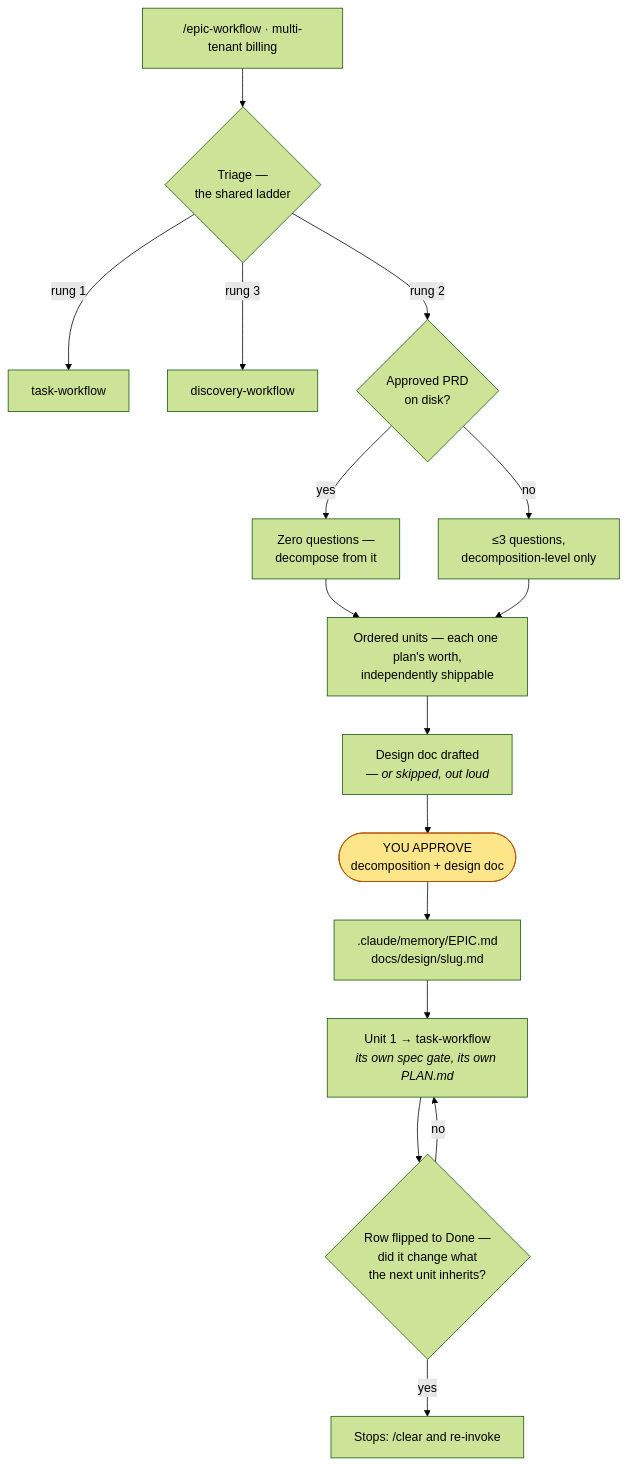
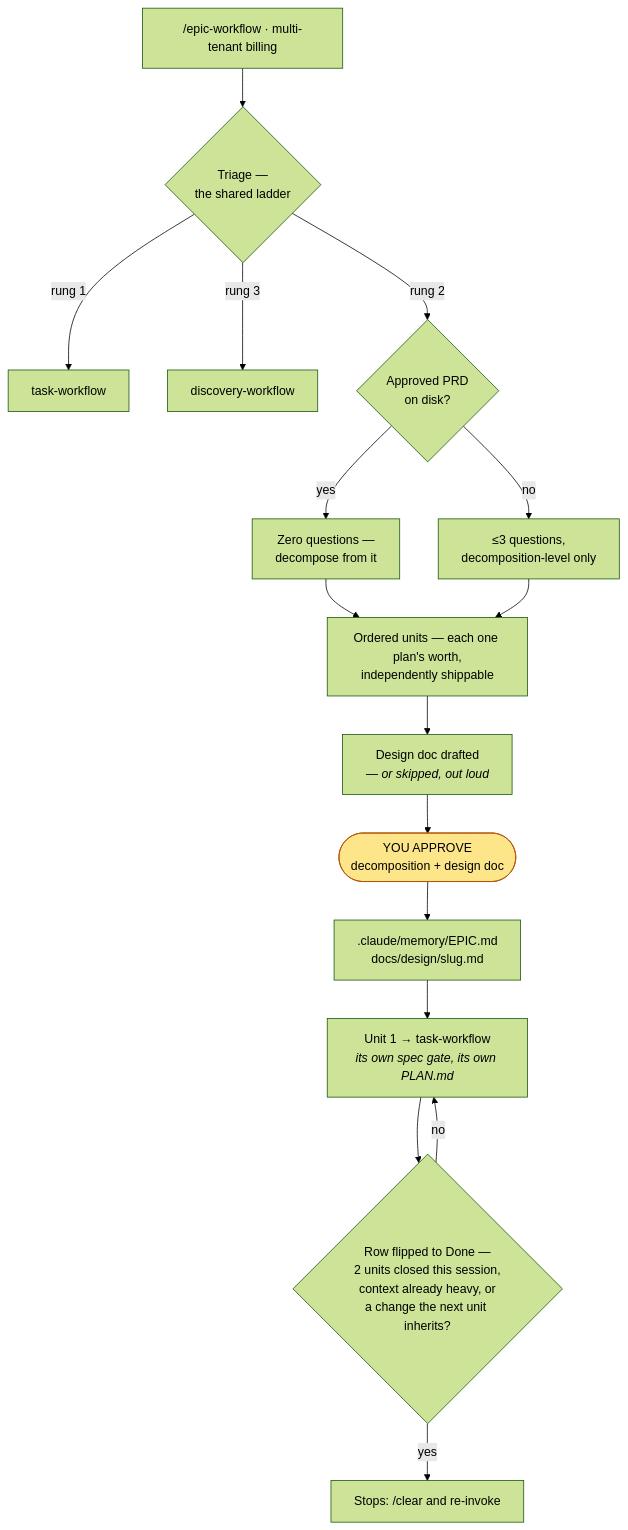
One commit to tammai/bigin-skills changed the diagram in docs/USER_GUIDE.md. Above: the diagram before and after it, drawn with Mermaid (forest theme). The commit also changed other lines of this file and 90 other files, not shown here.

````diff
--- a/docs/USER_GUIDE.md
+++ b/docs/USER_GUIDE.md
@@ -328,21 +331,21 @@
 ```mermaid
 flowchart TD
     A["/epic-workflow · multi-tenant billing"] --> B{"Triage —<br/>the shared ladder"}
     B -->|"rung 1"| T1["task-workflow"]
     B -->|"rung 3"| D1["discovery-workflow"]
     B -->|"rung 2"| C{"Approved PRD<br/>on disk?"}
     C -->|yes| C1["Zero questions —<br/>decompose from it"]
     C -->|no| C2["≤3 questions,<br/>decomposition-level only"]
     C1 --> E["Ordered units — each one plan's worth,<br/>independently shippable"]
     C2 --> E
     E --> F["Design doc drafted<br/><i>— or skipped, out loud</i>"]
     F --> G(["YOU APPROVE<br/>decomposition + design doc"])
     G --> H[".claude/memory/EPIC.md<br/>docs/design/slug.md"]
     H --> I["Unit 1 → task-workflow<br/><i>its own spec gate, its own PLAN.md</i>"]
-    I --> J{"Row flipped to Done —<br/>did it change what<br/>the next unit inherits?"}
+    I --> J{"Row flipped to Done —<br/>2 units closed this session,<br/>context already heavy, or<br/>a change the next unit inherits?"}
     J -->|no| I
     J -->|yes| K["Stops: /clear and re-invoke"]
 
     classDef gate fill:#fde68a,stroke:#b45309,color:#000
     class G gate
 ```
````
